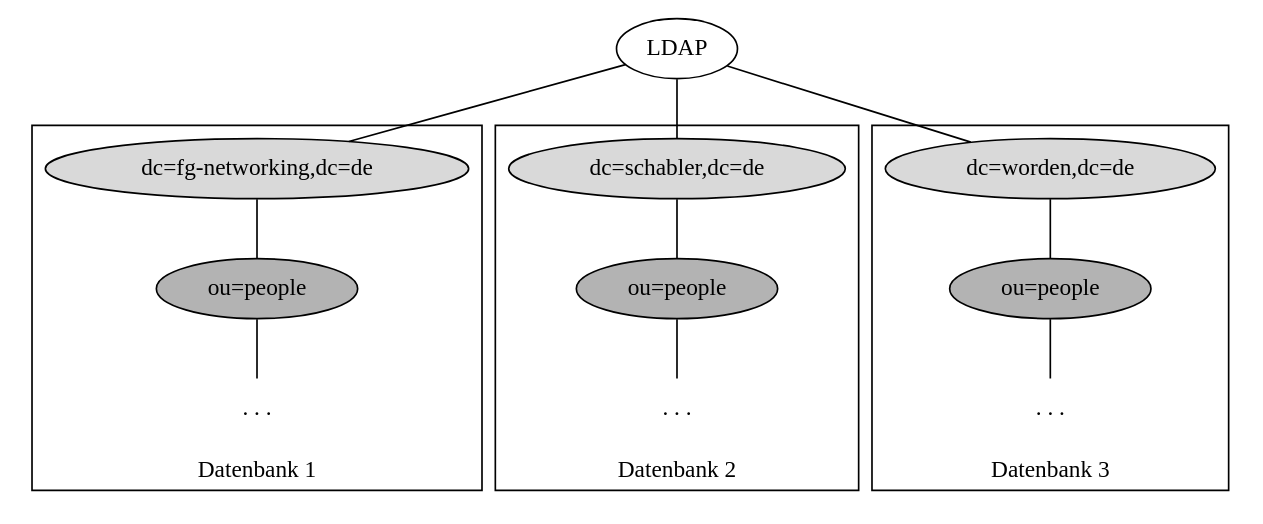
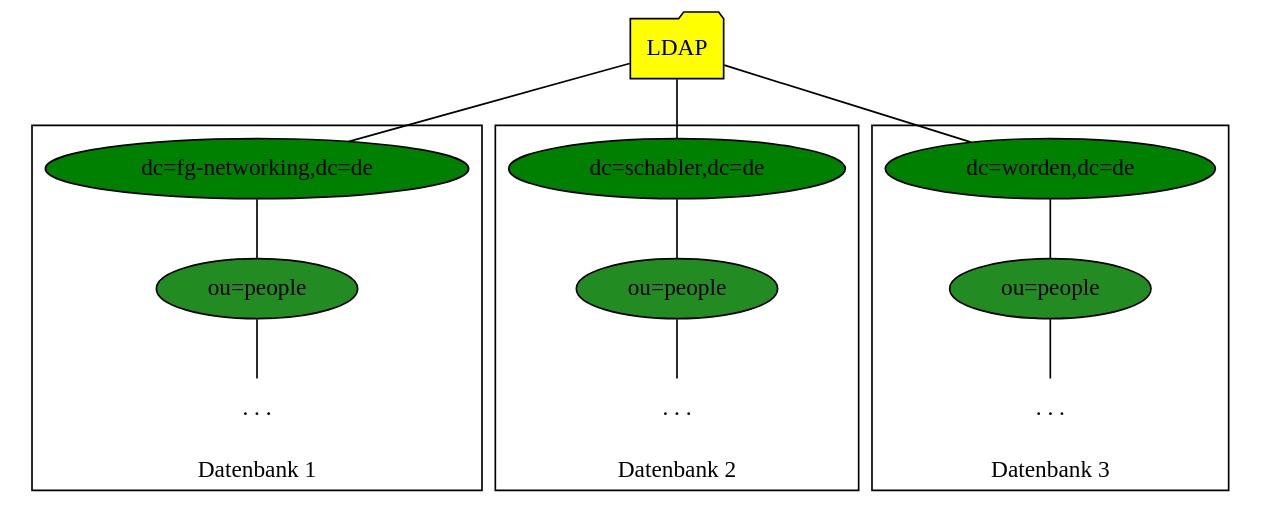
The diagram in Presentation LDAP-RADIUS/Bilder/LDAP-fgn-planned.dot (Gabelvampir/ty-stuff), drawn with Graphviz before and after one commit. The commit also changed 4 other files, not shown here.

Commit message:
changed the original tree graphic a bit

```diff
--- a/Presentation LDAP-RADIUS/Bilder/LDAP-fgn-planned.dot
+++ b/Presentation LDAP-RADIUS/Bilder/LDAP-fgn-planned.dot
@@ -1,31 +1,31 @@
 graph G {
   compbound=true;
   subgraph cluster_fgn{
-  fgn [label="dc=fg-networking,dc=de", style="filled", fillcolor="grey85", width=2.75];
-  people1 [label="ou=people", style="filled", fillcolor="grey70"];
+  fgn [label="dc=fg-networking,dc=de", style="filled", fillcolor="green", width=2.75];
+  people1 [label="ou=people", style="filled", fillcolor="forestgreen"];
   fgnpe [label=". . .", shape="plaintext"];
   label="Datenbank 1";
   labelloc=b;
 }
   subgraph cluster_schabler{
-  schabler [label="dc=schabler,dc=de", style="filled", fillcolor="grey85", width=2.75];
-  people2 [label="ou=people", style="filled", fillcolor="grey70"];
+  schabler [label="dc=schabler,dc=de", style="filled", fillcolor="green", width=2.75];
+  people2 [label="ou=people", style="filled", fillcolor="forestgreen"];
   schabpe [label=". . .", shape="plaintext"];
   label="Datenbank 2";
   labelloc=b;
 }
   subgraph cluster_worden{
-  worden [label="dc=worden,dc=de", style="filled", fillcolor="grey85", width=2.75];
-  people3 [label="ou=people", style="filled", fillcolor="grey70"];
+  worden [label="dc=worden,dc=de", style="filled", fillcolor="green", width=2.75];
+  people3 [label="ou=people", style="filled", fillcolor="forestgreen"];
   wordpe [label=". . .", shape="plaintext"];
   label="Datenbank 3";
   labelloc=b;
 }
-  root [label="LDAP"];
+  root [label="LDAP", shape=folder, style="filled", fillcolor="yellow"];
   root -- fgn;
   root -- schabler;
   root -- worden;
   fgn -- people1 -- fgnpe;
   schabler -- people2 -- schabpe;
   worden -- people3 -- wordpe;
   }
```
